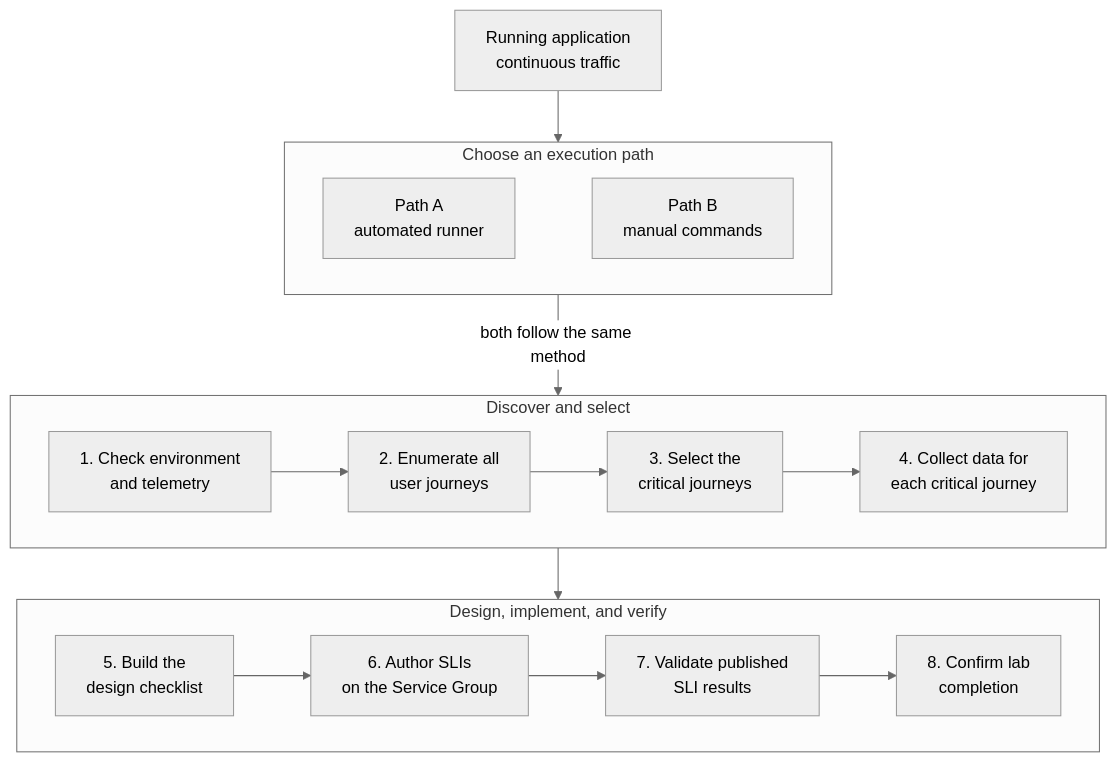
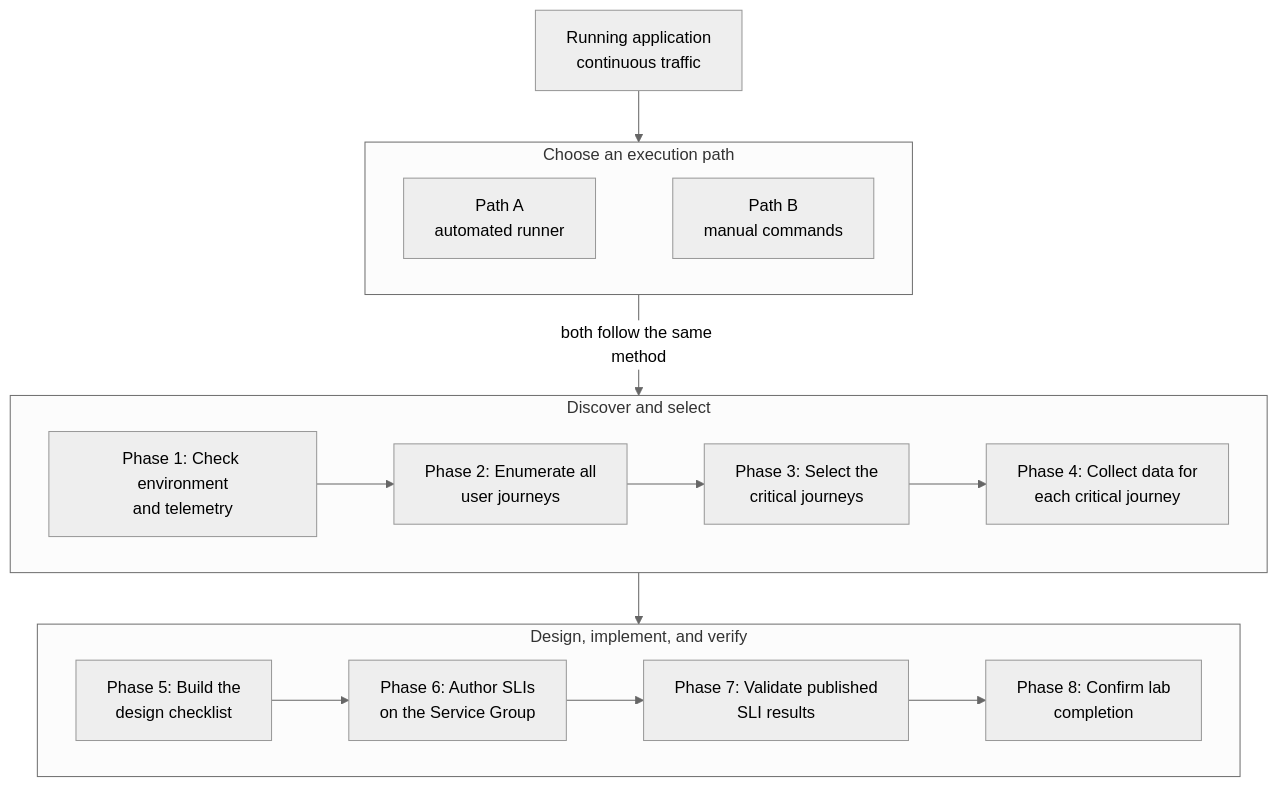
The diagram in 01-sli-demo/SLI-Lab-UserGuide.md (jvargh/azure-reliability-starter-kit), drawn with Mermaid (neutral theme) before and after one commit. The commit also changed other lines of this file and 2 other files, not shown here.

Commit message:
Align SLI lab with three-journey demo
Use demo-aware criticality defaults so checkout, login, and payment remain SLI candidates; restore the Login Latency checklist row; and align the guide's phase labels and pre-authoring telemetry checks.

````diff
--- a/01-sli-demo/SLI-Lab-UserGuide.md
+++ b/01-sli-demo/SLI-Lab-UserGuide.md
@@ -57,29 +57,29 @@
 ```mermaid
 flowchart TB
     APP[Running application<br/>continuous traffic]
 
     subgraph PATHS[Choose an execution path]
       direction LR
       AUTO[Path A<br/>automated runner]
       MANUAL[Path B<br/>manual commands]
       AUTO ~~~ MANUAL
     end
 
     subgraph DISCOVER[Discover and select]
       direction LR
-      P1[1. Check environment<br/>and telemetry] --> P2[2. Enumerate all<br/>user journeys]
-      P2 --> P3[3. Select the<br/>critical journeys]
-      P3 --> P4[4. Collect data for<br/>each critical journey]
+      P1[Phase 1: Check environment<br/>and telemetry] --> P2[Phase 2: Enumerate all<br/>user journeys]
+      P2 --> P3[Phase 3: Select the<br/>critical journeys]
+      P3 --> P4[Phase 4: Collect data for<br/>each critical journey]
     end
 
     subgraph DELIVER[Design, implement, and verify]
       direction LR
-      P5[5. Build the<br/>design checklist] --> P6[6. Author SLIs<br/>on the Service Group]
-      P6 --> P7[7. Validate published<br/>SLI results]
-      P7 --> P8[8. Confirm lab<br/>completion]
+      P5[Phase 5: Build the<br/>design checklist] --> P6[Phase 6: Author SLIs<br/>on the Service Group]
+      P6 --> P7[Phase 7: Validate published<br/>SLI results]
+      P7 --> P8[Phase 8: Confirm lab<br/>completion]
     end
 
     APP --> PATHS
     PATHS -->|both follow the same method| DISCOVER
     DISCOVER --> DELIVER
 ```
````
